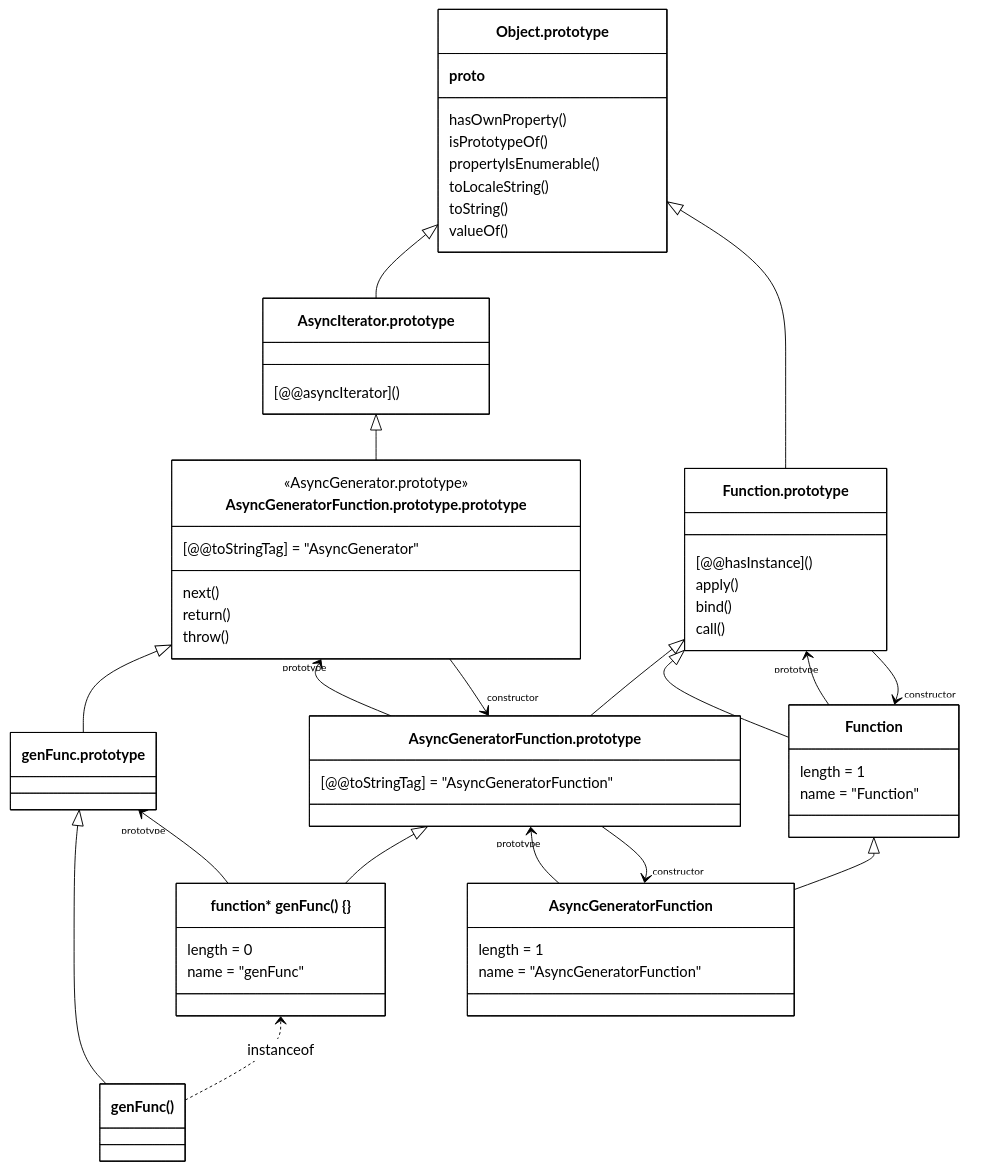
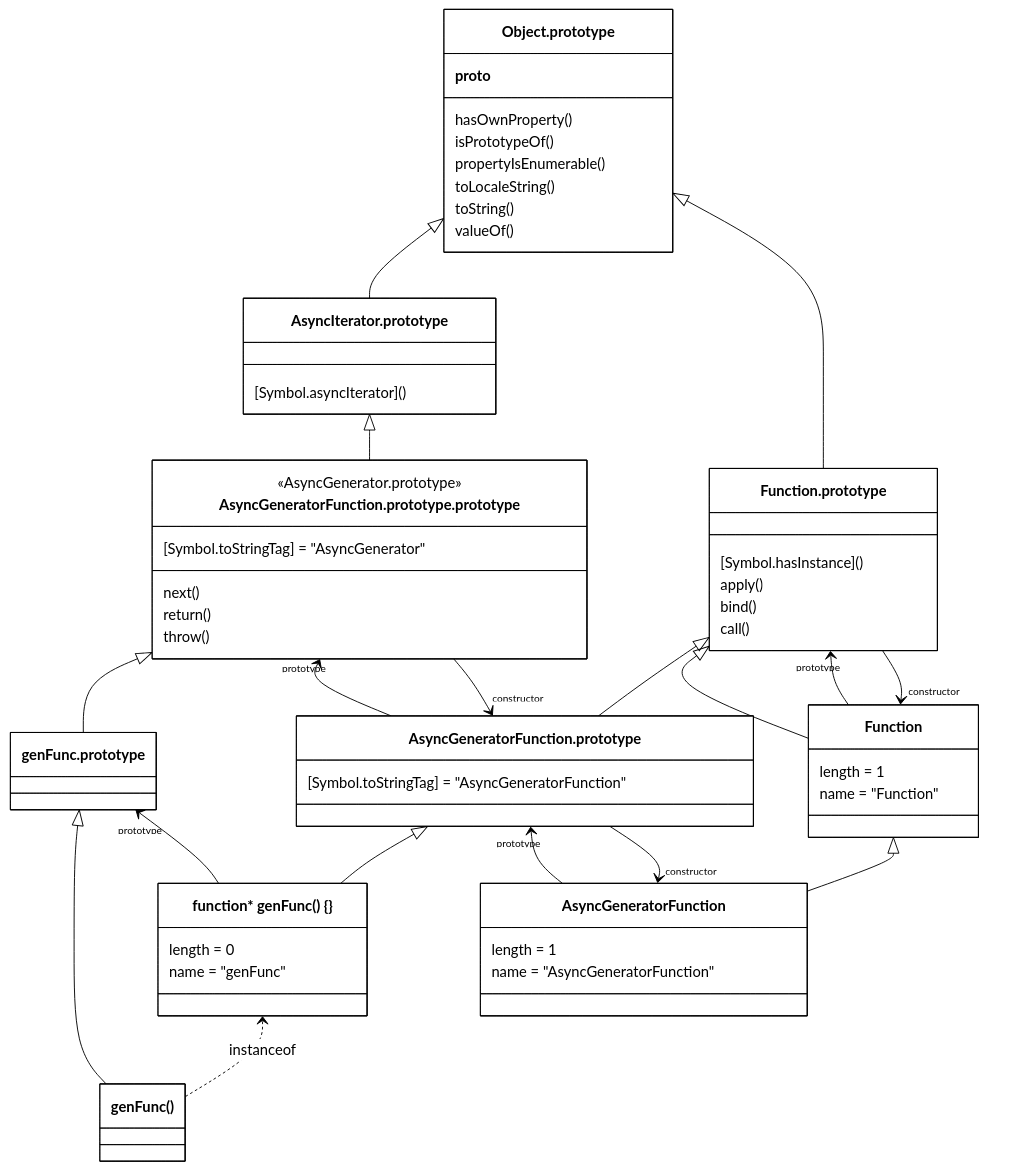
One commit to mdn/shared-assets changed the diagram in images/diagrams/javascript/asyncgeneratorfunction/prototype-chain.mmd. Above: the diagram before and after it, drawn with Mermaid. The commit also changed 3 other files, not shown here.

First line of the commit message:
Remove `@@notation` from generator prototype diagrams (#18)

```diff
--- a/images/diagrams/javascript/asyncgeneratorfunction/prototype-chain.mmd
+++ b/images/diagrams/javascript/asyncgeneratorfunction/prototype-chain.mmd
@@ -1,85 +1,85 @@
 %%{
   init: {
     'theme': 'base',
     'themeVariables': {
       'primaryColor': 'white',
       'primaryTextColor': 'black',
       'primaryBorderColor': 'black',
       'lineColor': 'black'
     }
   }
 }%%
 
 classDiagram
 
 `Object.prototype` <|-- `AsyncIterator.prototype`
 `AsyncIterator.prototype` <|-- `AsyncGeneratorFunction.prototype.prototype`
 `AsyncGeneratorFunction.prototype.prototype` <|-- `genFunc.prototype`
 `genFunc.prototype` <|-- `genFunc()`
 
 `Object.prototype` <|-- `Function.prototype`
 `Function.prototype` <|-- `AsyncGeneratorFunction.prototype`
 `AsyncGeneratorFunction.prototype` <|-- genFunc
 
 `Function.prototype` <|-- Function
 Function <|-- AsyncGeneratorFunction
 
 genFunc <.. `genFunc()` : instanceof
 `genFunc.prototype` "prototype" <-- genFunc
 `AsyncGeneratorFunction.prototype.prototype` "prototype" <-- `AsyncGeneratorFunction.prototype`
 `AsyncGeneratorFunction.prototype.prototype` --> "constructor" `AsyncGeneratorFunction.prototype`
 `AsyncGeneratorFunction.prototype` "prototype" <-- AsyncGeneratorFunction
 `AsyncGeneratorFunction.prototype` --> "constructor" AsyncGeneratorFunction
 `Function.prototype` "prototype" <-- Function
 `Function.prototype` --> "constructor" Function
 
 class `Object.prototype` {
   __proto__
 
   hasOwnProperty()
   isPrototypeOf()
   propertyIsEnumerable()
   toLocaleString()
   toString()
   valueOf()
 }
 class `AsyncIterator.prototype` {
-  \[@@asyncIterator]()
+  \[Symbol.asyncIterator]()
 }
 class `AsyncGeneratorFunction.prototype.prototype` {
   <<AsyncGenerator.prototype>>
-  [@@toStringTag] = "AsyncGenerator"
+  [Symbol.toStringTag] = "AsyncGenerator"
   next()
   return()
   throw()
 }
 
 class genFunc["function* genFunc() {}"] {
   length = 0
   name = "genFunc"
 }
 class `Function.prototype` {
-  \[@@hasInstance]()
+  \[Symbol.hasInstance]()
   apply()
   bind()
   call()
 }
 class `AsyncGeneratorFunction.prototype` {
-  [@@toStringTag] = "AsyncGeneratorFunction"
+  [Symbol.toStringTag] = "AsyncGeneratorFunction"
 }
 class AsyncGeneratorFunction {
   length = 1
   name = "AsyncGeneratorFunction"
 }
 class Function {
   length = 1
   name = "Function"
 }
 
 link `Object.prototype` "/en-US/docs/Web/JavaScript/Reference/Global_Objects/Object"
 link `AsyncIterator.prototype` "/en-US/docs/Web/JavaScript/Reference/Global_Objects/AsyncIterator"
 link `AsyncGeneratorFunction.prototype.prototype` "/en-US/docs/Web/JavaScript/Reference/Global_Objects/AsyncGenerator"
 link `Function.prototype` "/en-US/docs/Web/JavaScript/Reference/Global_Objects/Function"
 link `AsyncGeneratorFunction.prototype` "/en-US/docs/Web/JavaScript/Reference/Global_Objects/AsyncGeneratorFunction"
 link AsyncGeneratorFunction "/en-US/docs/Web/JavaScript/Reference/Global_Objects/AsyncGeneratorFunction"
 link Function "/en-US/docs/Web/JavaScript/Reference/Global_Objects/Function"
```
